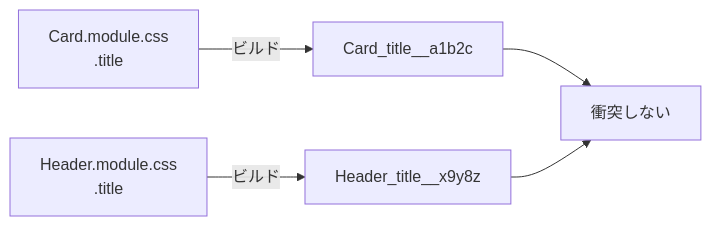
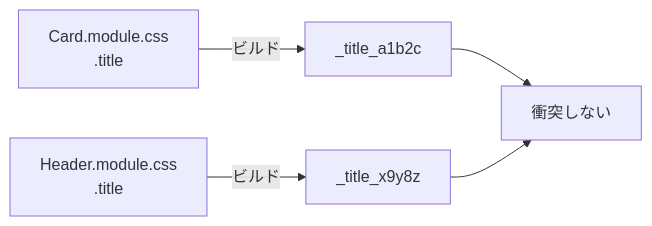
Before and after one commit to ozaki25/web-front-training-ozaki25: the second of 3 diagrams in docs/drafts/054/index.md, drawn with Mermaid. The commit also changed other lines of this file, not shown here.

Commit message:
CSS Modules のハッシュ例からファイル名プレフィックスを削除
生成形式はバンドラー依存のため、特定形式を示唆しない表記に修正

https://claude.ai/code/session_01VBuKGSzVmu6184hRMdwGoV

````diff
--- a/docs/drafts/054/index.md
+++ b/docs/drafts/054/index.md
@@ -185,7 +185,7 @@
 ```mermaid
 flowchart LR
-  A["Card.module.css\n.title"] -->|ビルド| A2["Card_title__a1b2c"]
-  B["Header.module.css\n.title"] -->|ビルド| B2["Header_title__x9y8z"]
+  A["Card.module.css\n.title"] -->|ビルド| A2["_title_a1b2c"]
+  B["Header.module.css\n.title"] -->|ビルド| B2["_title_x9y8z"]
   A2 --> P["衝突しない"]
   B2 --> P
 ```
````
